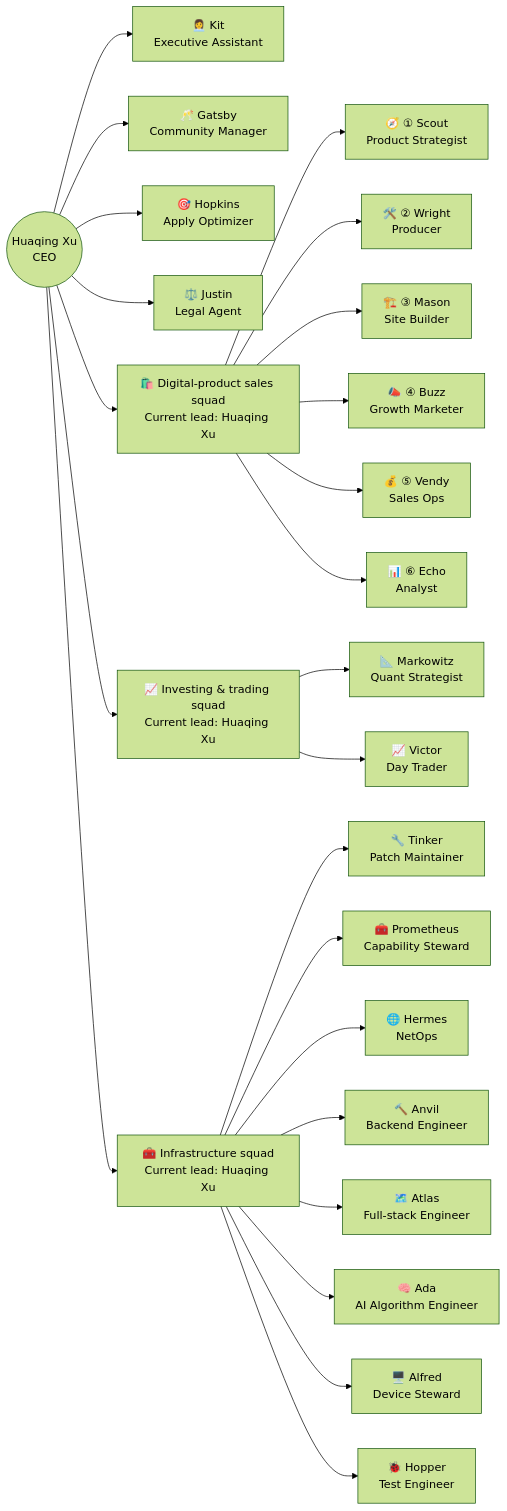
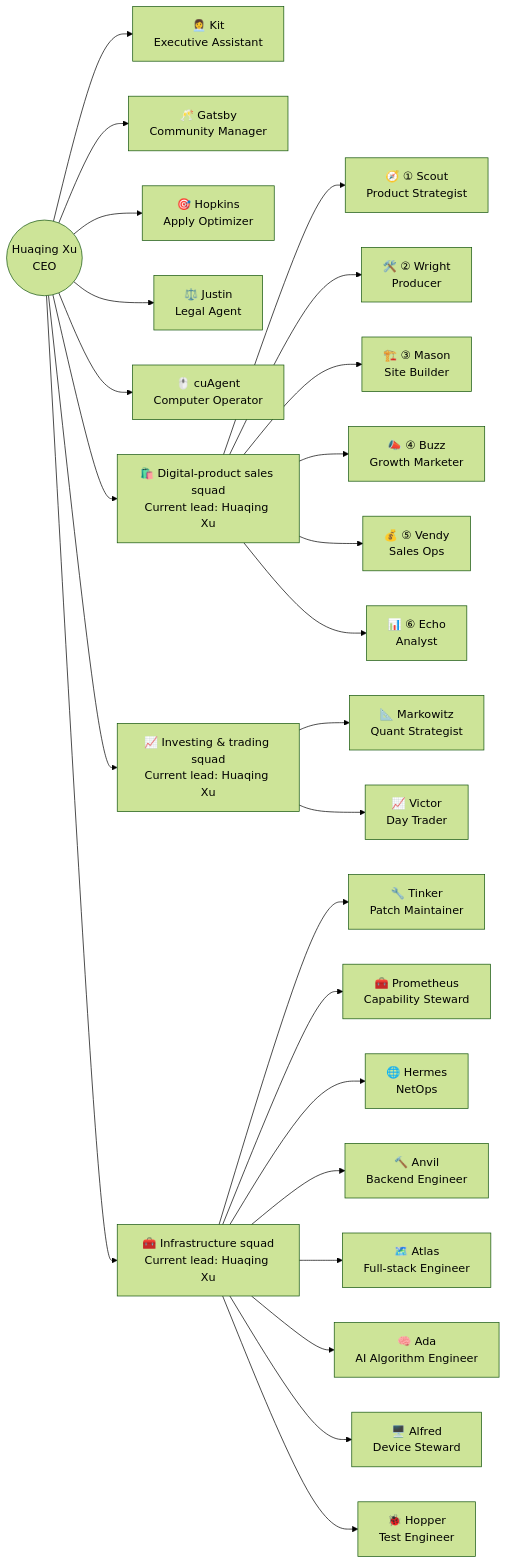
One commit to xhqing/xhqing changed the diagram in README.md. Above: the diagram before and after it, drawn with Mermaid (forest theme). The commit also changed other lines of this file and 3 other files, not shown here.

````diff
--- a/README.md
+++ b/README.md
@@ -31,31 +31,32 @@
 ```mermaid
 graph LR
     CEO(("Huaqing Xu<br/>CEO"))
 
     CEO --> Kit["👩‍💼 Kit<br/>Executive Assistant"]
     CEO --> Gatsby["🥂 Gatsby<br/>Community Manager"]
     CEO --> Hopkins["🎯 Hopkins<br/>Apply Optimizer"]
     CEO --> Justin["⚖️ Justin<br/>Legal Agent"]
+    CEO --> cuAgent["🖱️ cuAgent<br/>Computer Operator"]
 
     CEO --> DP["🛍️ Digital-product sales squad<br/>Current lead: Huaqing Xu"]
     DP --> Scout["🧭 ① Scout<br/>Product Strategist"]
     DP --> Wright["🛠️ ② Wright<br/>Producer"]
     DP --> Mason["🏗️ ③ Mason<br/>Site Builder"]
     DP --> Buzz["📣 ④ Buzz<br/>Growth Marketer"]
     DP --> Vendy["💰 ⑤ Vendy<br/>Sales Ops"]
     DP --> Echo["📊 ⑥ Echo<br/>Analyst"]
 
     CEO --> TR["📈 Investing & trading squad<br/>Current lead: Huaqing Xu"]
     TR --> Markowitz["📐 Markowitz<br/>Quant Strategist"]
     TR --> Victor["📈 Victor<br/>Day Trader"]
 
     CEO --> INF["🧰 Infrastructure squad<br/>Current lead: Huaqing Xu"]
     INF --> Tinker["🔧 Tinker<br/>Patch Maintainer"]
     INF --> Prometheus["🧰 Prometheus<br/>Capability Steward"]
     INF --> Hermes["🌐 Hermes<br/>NetOps"]
     INF --> Anvil["🔨 Anvil<br/>Backend Engineer"]
     INF --> Atlas["🗺️ Atlas<br/>Full-stack Engineer"]
     INF --> Ada["🧠 Ada<br/>AI Algorithm Engineer"]
     INF --> Alfred["🖥️ Alfred<br/>Device Steward"]
     INF --> Hopper["🐞 Hopper<br/>Test Engineer"]
 ```
````
